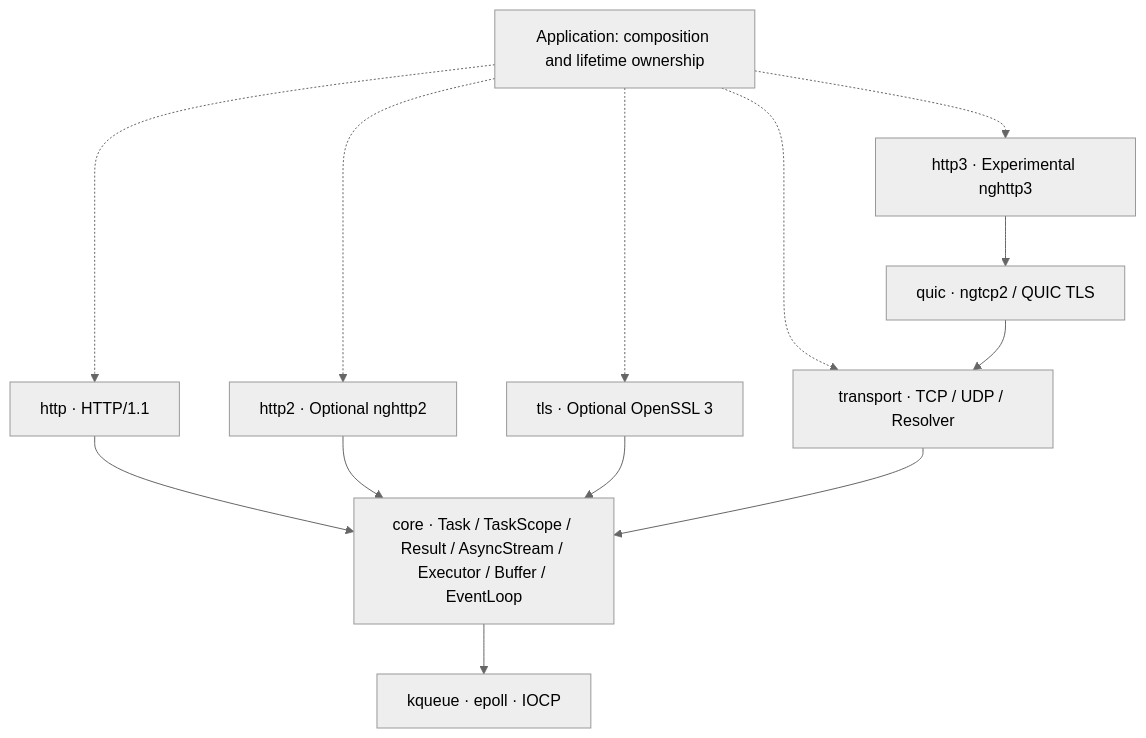
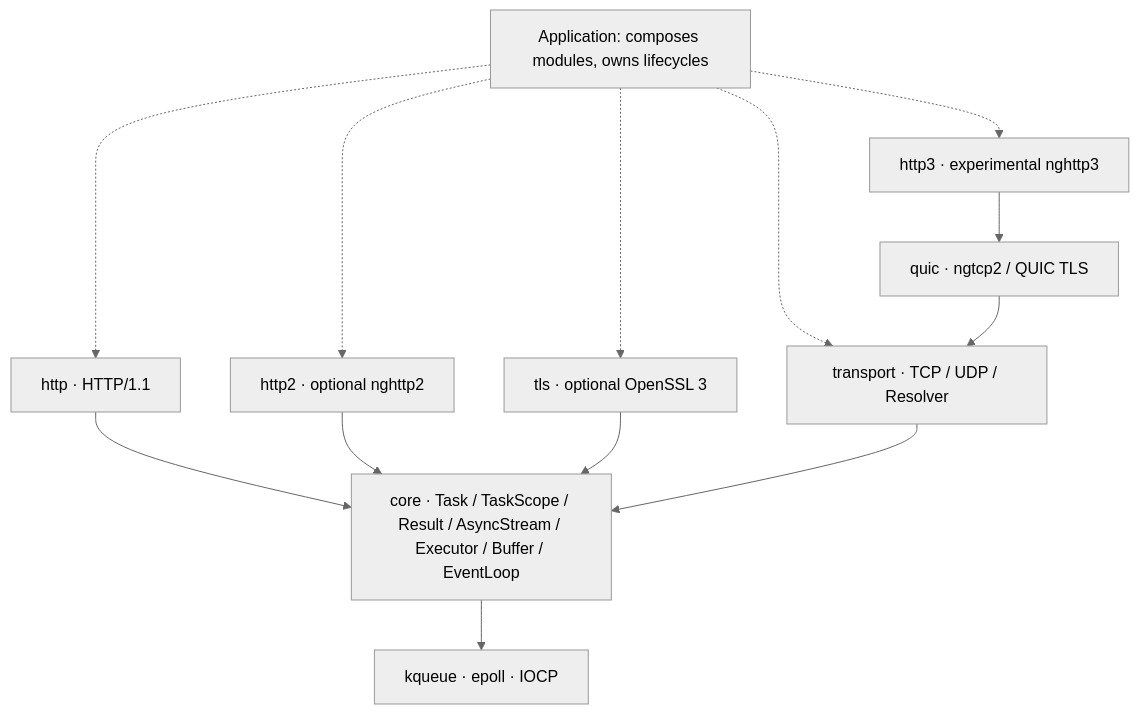
The diagram in README.en.md (dqsjqian/continuo), drawn with Mermaid (neutral theme) before and after one commit. The commit also changed other lines of this file and 1 other file, not shown here.

````diff
--- a/README.en.md
+++ b/README.en.md
@@ -33,16 +79,16 @@
 ```mermaid
 flowchart TB
-    App[Application: composition and lifetime ownership]
+    App[Application: composes modules, owns lifecycles]
     App -.-> HTTP[http · HTTP/1.1]
-    App -.-> TLS[tls · Optional OpenSSL 3]
+    App -.-> TLS[tls · optional OpenSSL 3]
     App -.-> TCP[transport · TCP / UDP / Resolver]
-    App -.-> H2[http2 · Optional nghttp2]
-    App -.-> H3[http3 · Experimental nghttp3]
+    App -.-> H2[http2 · optional nghttp2]
+    App -.-> H3[http3 · experimental nghttp3]
     HTTP --> Core[core · Task / TaskScope / Result / AsyncStream / Executor / Buffer / EventLoop]
     H2 --> Core
     H3 --> QUIC[quic · ngtcp2 / QUIC TLS]
     QUIC --> TCP
     TLS --> Core
     TCP --> Core
     Core --> Backends[kqueue · epoll · IOCP]
 ```
````
